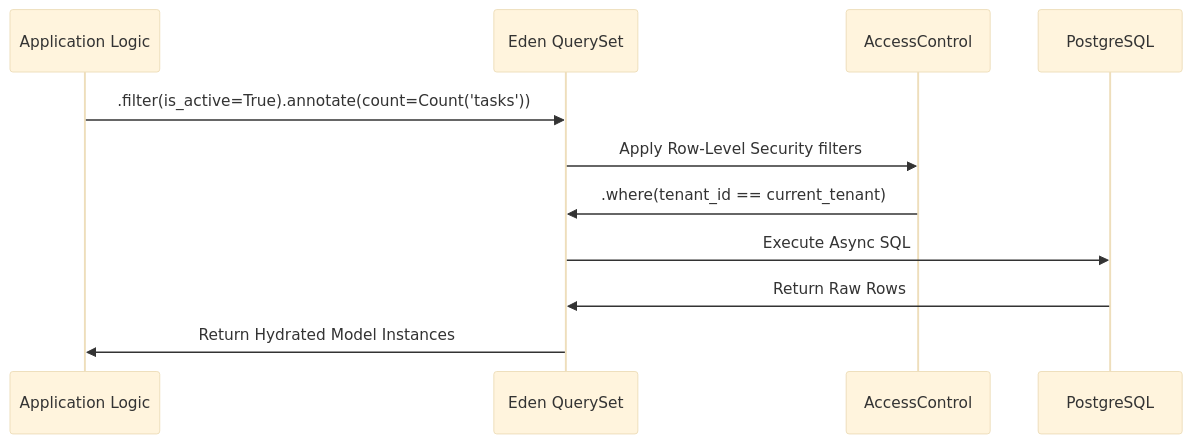
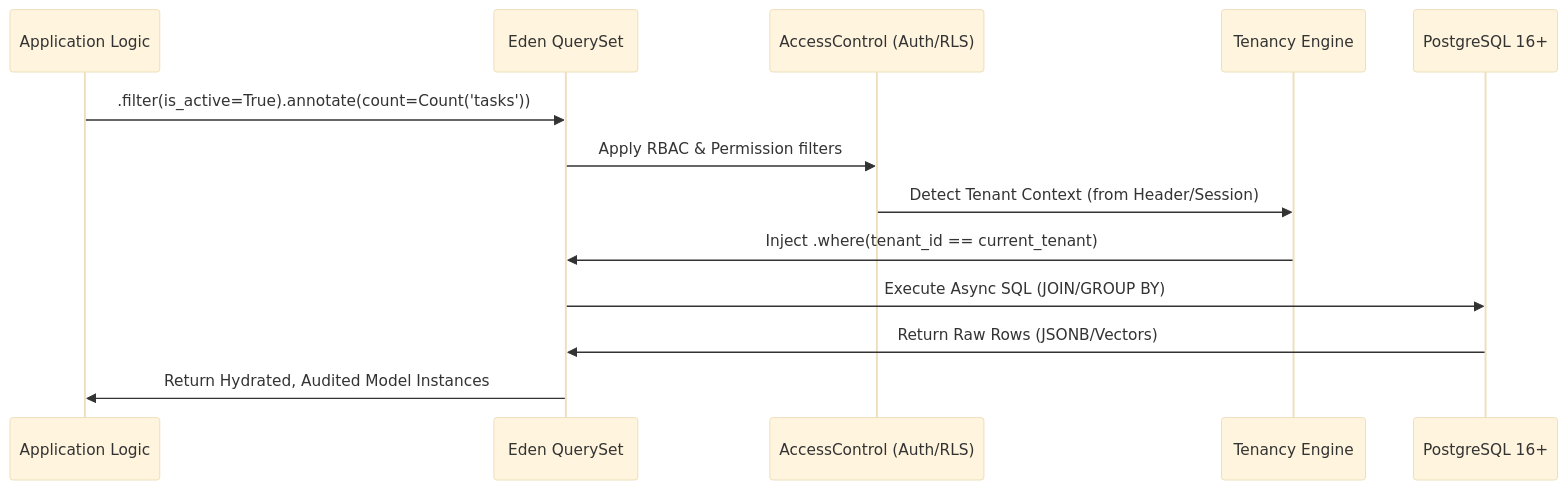
The diagram in docs/guides/orm.md (kwabenaberko25/eden), drawn with Mermaid (base theme) before and after one commit. The commit also changed other lines of this file and 54 other files, not shown here.

````diff
--- a/docs/guides/orm.md
+++ b/docs/guides/orm.md
@@ -13,14 +11,16 @@
 ```mermaid
 sequenceDiagram
     participant App as Application Logic
     participant QS as Eden QuerySet
-    participant AC as AccessControl
-    participant DB as PostgreSQL
+    participant AC as AccessControl (Auth/RLS)
+    participant T as Tenancy Engine
+    participant DB as PostgreSQL 16+
     
     App->>QS: .filter(is_active=True).annotate(count=Count('tasks'))
-    QS->>AC: Apply Row-Level Security filters
-    AC->>QS: .where(tenant_id == current_tenant)
-    QS->>DB: Execute Async SQL
-    DB->>QS: Return Raw Rows
-    QS->>App: Return Hydrated Model Instances
+    QS->>AC: Apply RBAC & Permission filters
+    AC->>T: Detect Tenant Context (from Header/Session)
+    T->>QS: Inject .where(tenant_id == current_tenant)
+    QS->>DB: Execute Async SQL (JOIN/GROUP BY)
+    DB->>QS: Return Raw Rows (JSONB/Vectors)
+    QS->>App: Return Hydrated, Audited Model Instances
 ```
````
